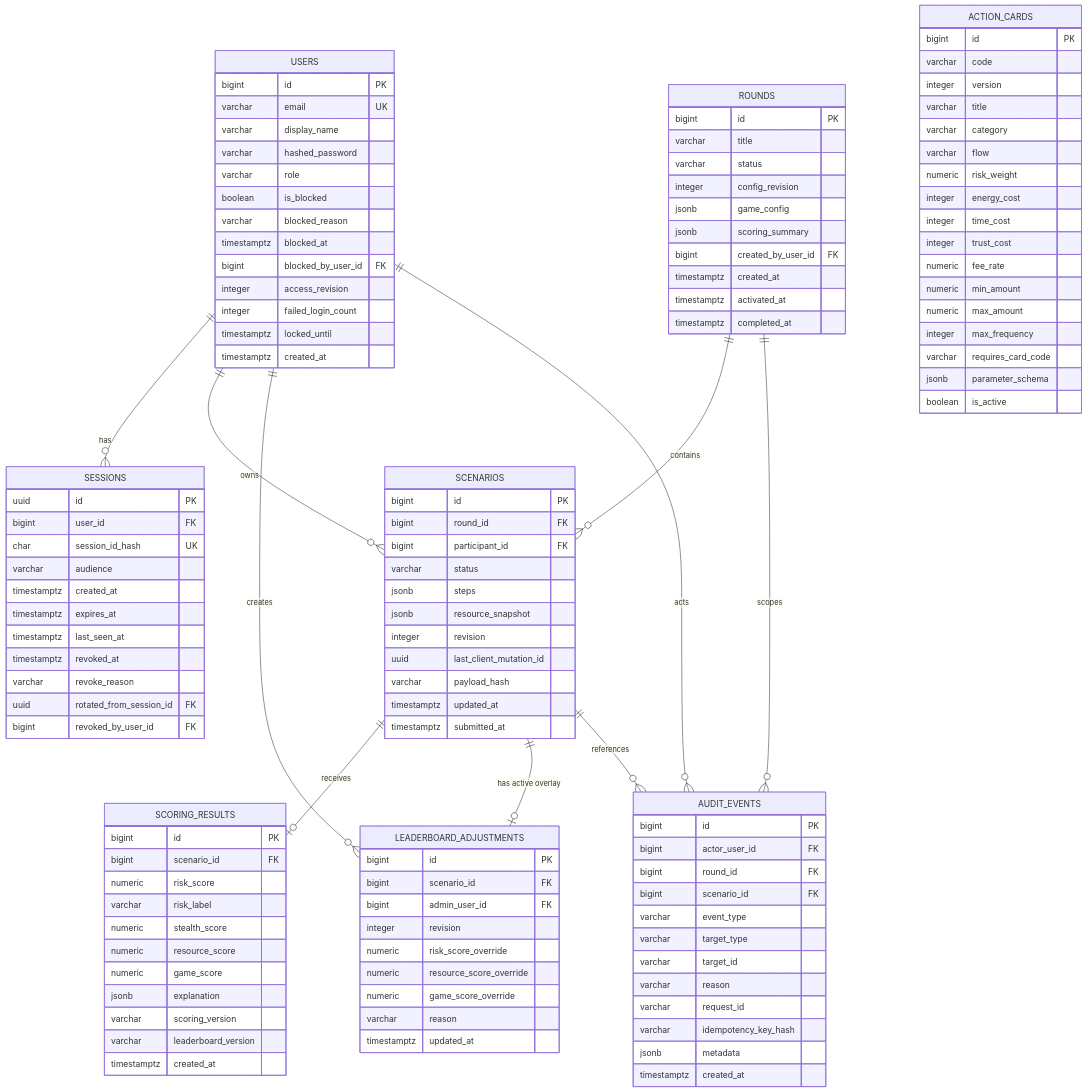
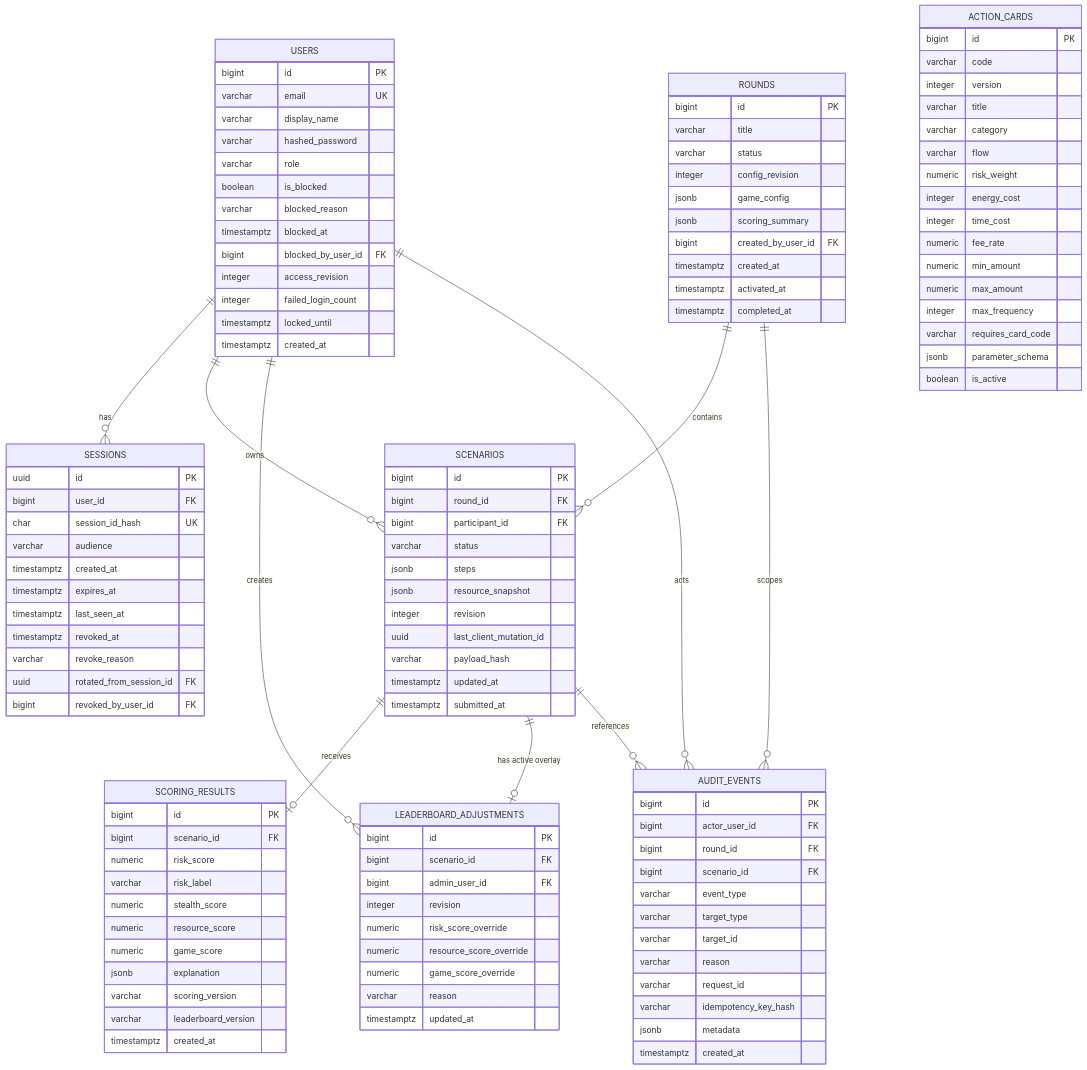
One commit to BigZet/AMLautosim changed the first of 3 diagrams in docs/data-model.md. Above: the diagram before and after it, drawn with Mermaid. The commit also changed other lines of this file and 41 other files, not shown here.

```diff
--- a/docs/data-model.md
+++ b/docs/data-model.md
@@ -77,7 +77,6 @@
         numeric risk_weight
         integer energy_cost
         integer time_cost
-        integer trust_cost
         numeric fee_rate
         numeric min_amount
         numeric max_amount
```
